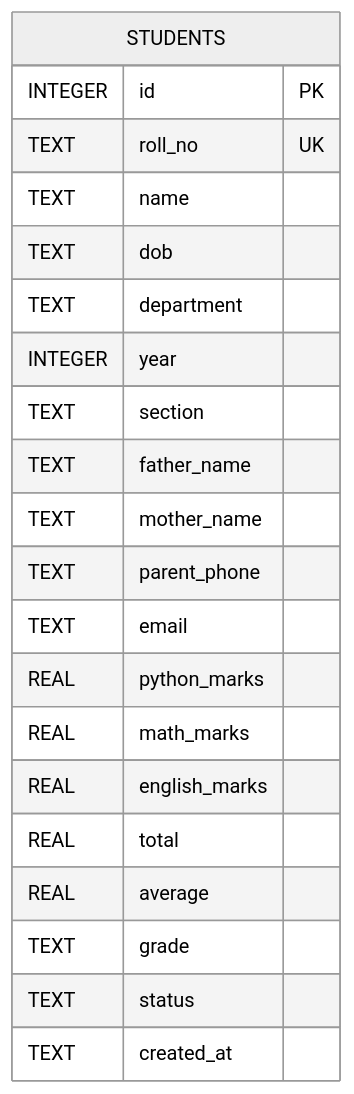
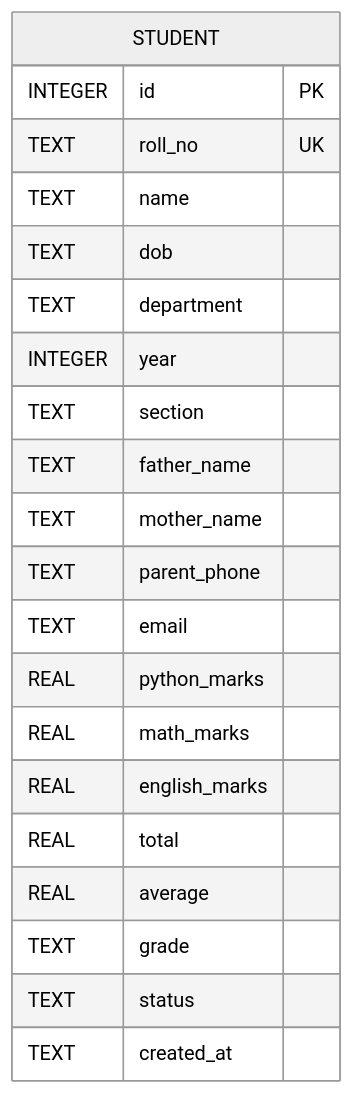
Before and after one commit to soumith-64/student-management-system-sqlite: the first of 3 diagrams in README.md, drawn with Mermaid (neutral theme). The commit also changed other lines of this file, not shown here.

````diff
--- a/README.md
+++ b/README.md
@@ -227,45 +166,28 @@
 ```mermaid
 erDiagram
 
-    STUDENTS {
+    STUDENT {
 
         INTEGER id PK
-
         TEXT roll_no UK
-
         TEXT name
-
         TEXT dob
-
         TEXT department
-
         INTEGER year
-
         TEXT section
-
         TEXT father_name
-
         TEXT mother_name
-
         TEXT parent_phone
-
         TEXT email
-
         REAL python_marks
-
         REAL math_marks
-
         REAL english_marks
-
         REAL total
-
         REAL average
-
         TEXT grade
-
         TEXT status
-
         TEXT created_at
 
     }
+
 ```
````
